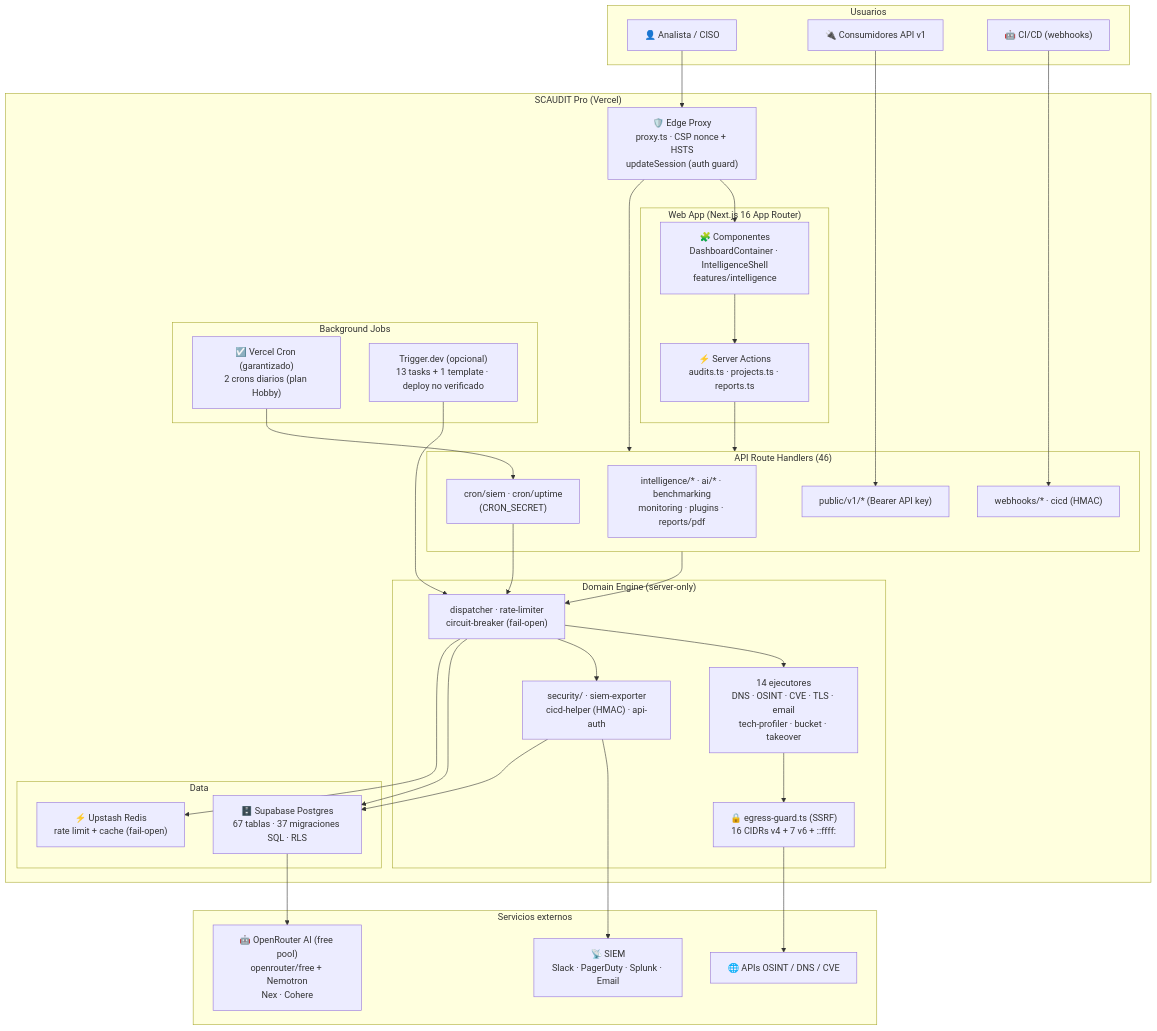
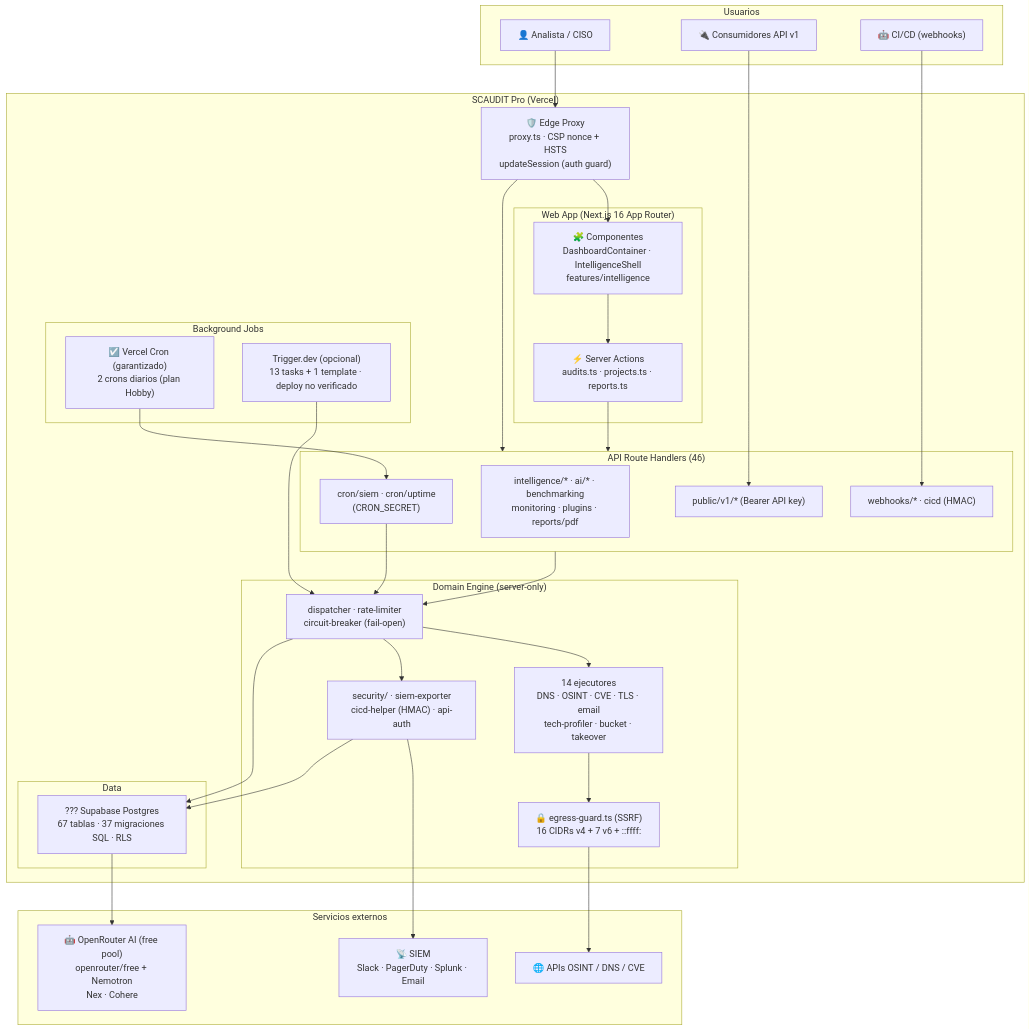
The first of 14 diagrams in README.md (StrategicConnex/StrategicConnexAudit), drawn with Mermaid before and after one commit. The commit also changed other lines of this file and 67 other files, not shown here.

````diff
--- a/README.md
+++ b/README.md
@@ -213,68 +213,66 @@
 ```mermaid
 flowchart TB
     subgraph PERSONAS["Usuarios"]
         P1["👤 Analista / CISO"]
         P2["🔌 Consumidores API v1"]
         P3["🤖 CI/CD (webhooks)"]
     end
 
     subgraph SCAUDIT["SCAUDIT Pro (Vercel)"]
         EDGE["🛡️ Edge Proxy<br/>proxy.ts · CSP nonce + HSTS<br/>updateSession (auth guard)"]
 
         subgraph WEB["Web App (Next.js 16 App Router)"]
             UI["🧩 Componentes<br/>DashboardContainer · IntelligenceShell<br/>features/intelligence"]
             ACT["⚡ Server Actions<br/>audits.ts · projects.ts · reports.ts"]
         end
 
         subgraph API["API Route Handlers (46)"]
             API_IT["intelligence/* · ai/* · benchmarking<br/>monitoring · plugins · reports/pdf"]
             API_PUB["public/v1/* (Bearer API key)"]
             API_WEB["webhooks/* · cicd (HMAC)"]
             API_CRON["cron/siem · cron/uptime<br/>(CRON_SECRET)"]
         end
 
         subgraph DOMAIN["Domain Engine (server-only)"]
             CORE["dispatcher · rate-limiter<br/>circuit-breaker (fail-open)"]
             EXEC["14 ejecutores<br/>DNS · OSINT · CVE · TLS · email<br/>tech-profiler · bucket · takeover"]
             EG["🔒 egress-guard.ts (SSRF)<br/>16 CIDRs v4 + 7 v6 + ::ffff:"]
             SEC["security/ · siem-exporter<br/>cicd-helper (HMAC) · api-auth"]
         end
 
         subgraph JOBS["Background Jobs"]
             VC["☑️ Vercel Cron (garantizado)<br/>2 crons diarios (plan Hobby)"]
             TD["Trigger.dev (opcional)<br/>13 tasks + 1 template · deploy no verificado"]
         end
 
         subgraph DATA["Data"]
-            DB["🗄️ Supabase Postgres<br/>67 tablas · 37 migraciones SQL · RLS"]
-            REDIS["⚡ Upstash Redis<br/>rate limit + cache (fail-open)"]
+            DB["??? Supabase Postgres<br/>67 tablas · 37 migraciones SQL · RLS"]
         end
     end
 
     subgraph EXT["Servicios externos"]
         AI["🤖 OpenRouter AI (free pool)<br/>openrouter/free + Nemotron<br/>Nex · Cohere"]
         SIEM["📡 SIEM<br/>Slack · PagerDuty · Splunk · Email"]
         OSINT["🌐 APIs OSINT / DNS / CVE"]
     end
 
     P1 --> EDGE
     P2 --> API_PUB
     P3 --> API_WEB
     EDGE --> UI
     EDGE --> API
     UI --> ACT
     ACT --> API
     API --> CORE
     CORE --> EXEC
     EXEC --> EG
     EG --> OSINT
     CORE --> SEC
     SEC --> SIEM
     VC --> API_CRON
     API_CRON --> CORE
     TD --> CORE
     CORE --> DB
-    CORE --> REDIS
     DB --> AI
     SEC --> DB
 ```
````
